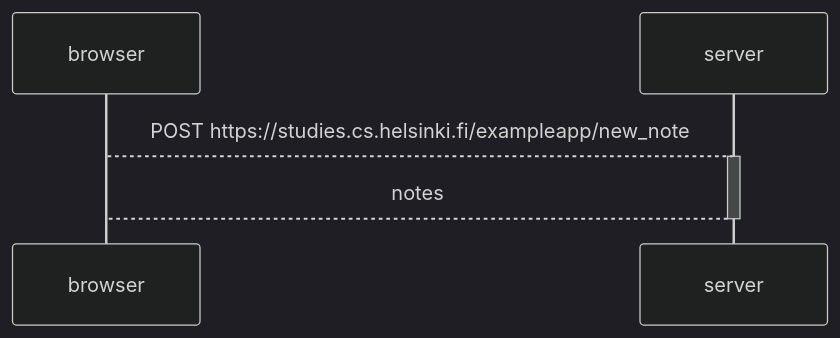
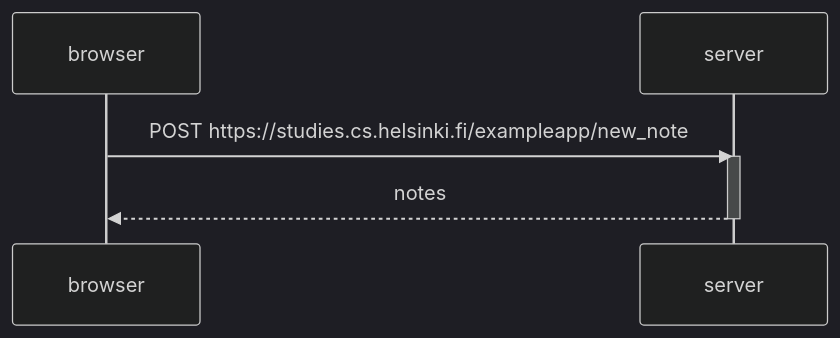
One commit to Plannr36/FullStack-Course-University-of-Helsinki changed the diagram in part 0/README.md. Above: the diagram before and after it, drawn with Mermaid (dark theme).

````diff
--- a/part 0/README.md
+++ b/part 0/README.md
@@ -5,10 +5,10 @@
 ```mermaid
 sequenceDiagram
     participant browser
     participant server
 
-    browser-->server: POST https://studies.cs.helsinki.fi/exampleapp/new_note
+    browser->>server: POST https://studies.cs.helsinki.fi/exampleapp/new_note
     activate server
-    server-->browser: notes
+    server-->>browser: notes
     deactivate server
 ```
````
